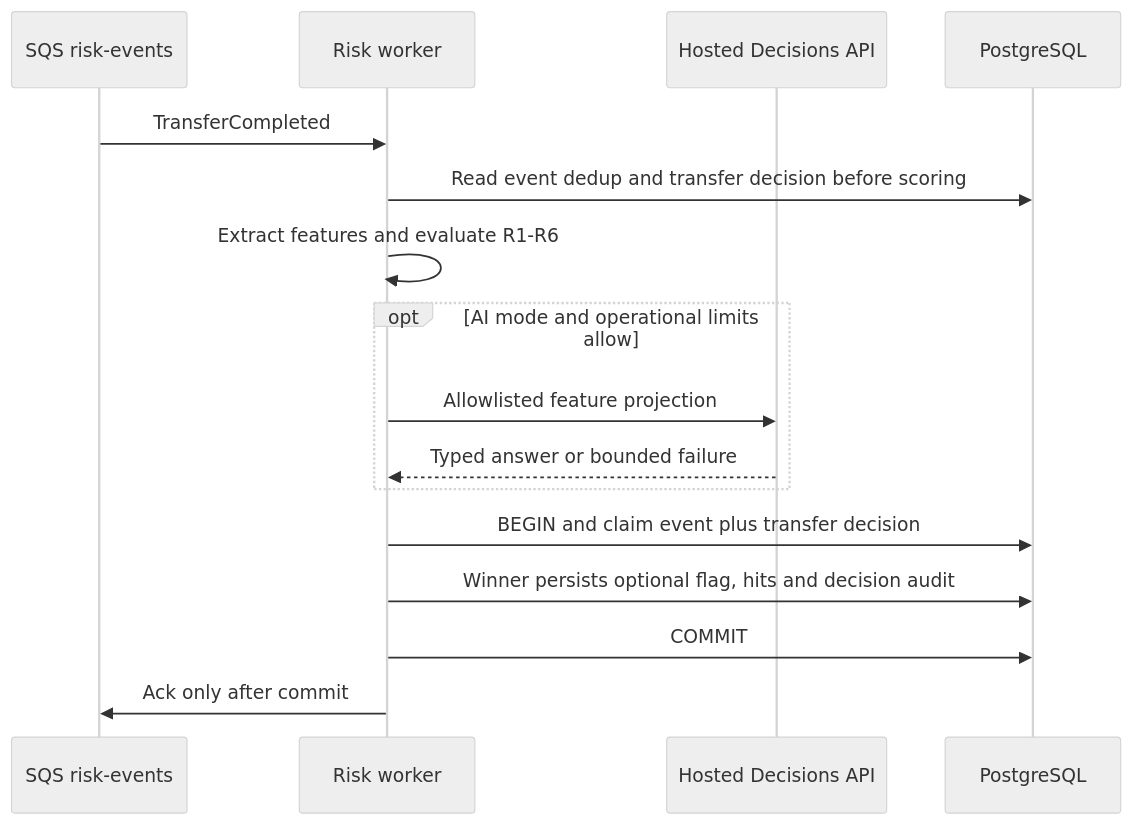
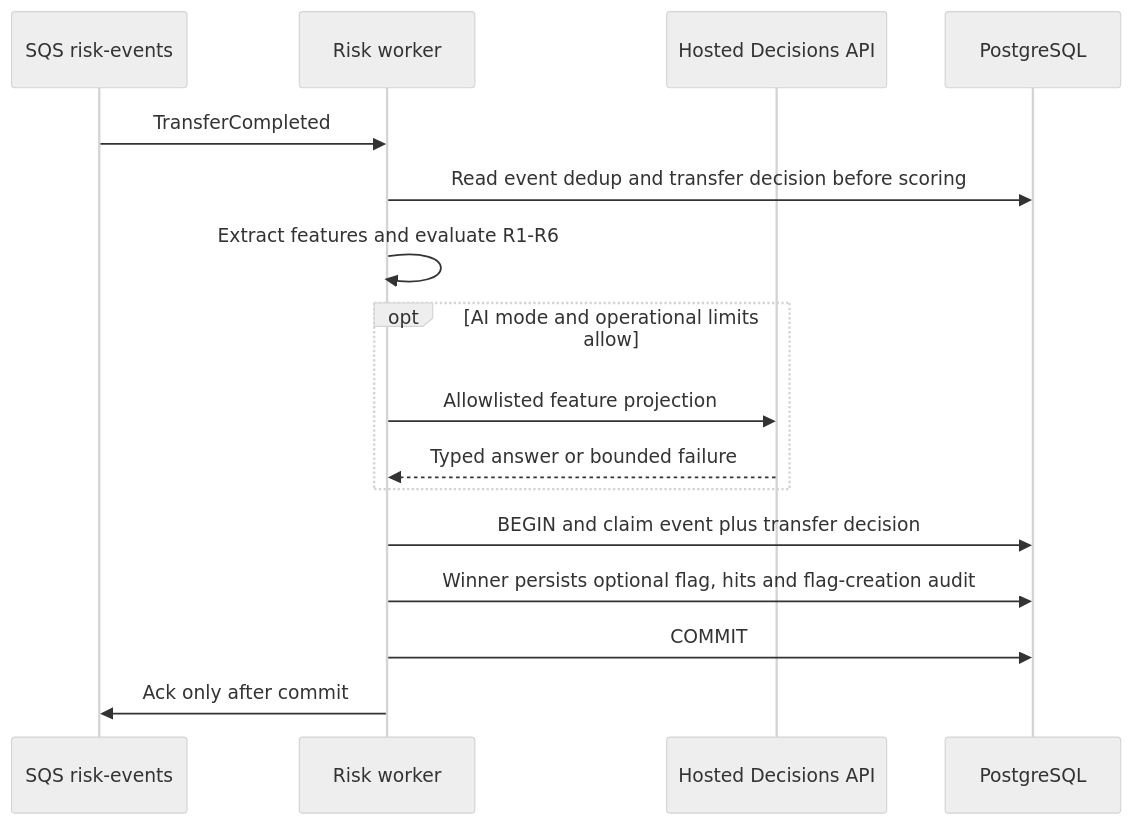
Before and after one commit to Lawliet119/digital-banking-simulator: the diagram in docs/features/FRAUD-API-01-external-ai-decision.md, drawn with Mermaid (neutral theme). The commit also changed other lines of this file and 4 other files, not shown here.

````diff
--- a/docs/features/FRAUD-API-01-external-ai-decision.md
+++ b/docs/features/FRAUD-API-01-external-ai-decision.md
@@ -107,18 +135,18 @@
 ```mermaid
 sequenceDiagram
     participant Q as SQS risk-events
     participant W as Risk worker
     participant P as Hosted Decisions API
     participant DB as PostgreSQL
     Q->>W: TransferCompleted
     W->>DB: Read event dedup and transfer decision before scoring
     W->>W: Extract features and evaluate R1-R6
     opt AI mode and operational limits allow
         W->>P: Allowlisted feature projection
         P-->>W: Typed answer or bounded failure
     end
     W->>DB: BEGIN and claim event plus transfer decision
-    W->>DB: Winner persists optional flag, hits and decision audit
+    W->>DB: Winner persists optional flag, hits and flag-creation audit
     W->>DB: COMMIT
     W->>Q: Ack only after commit
 ```
````
